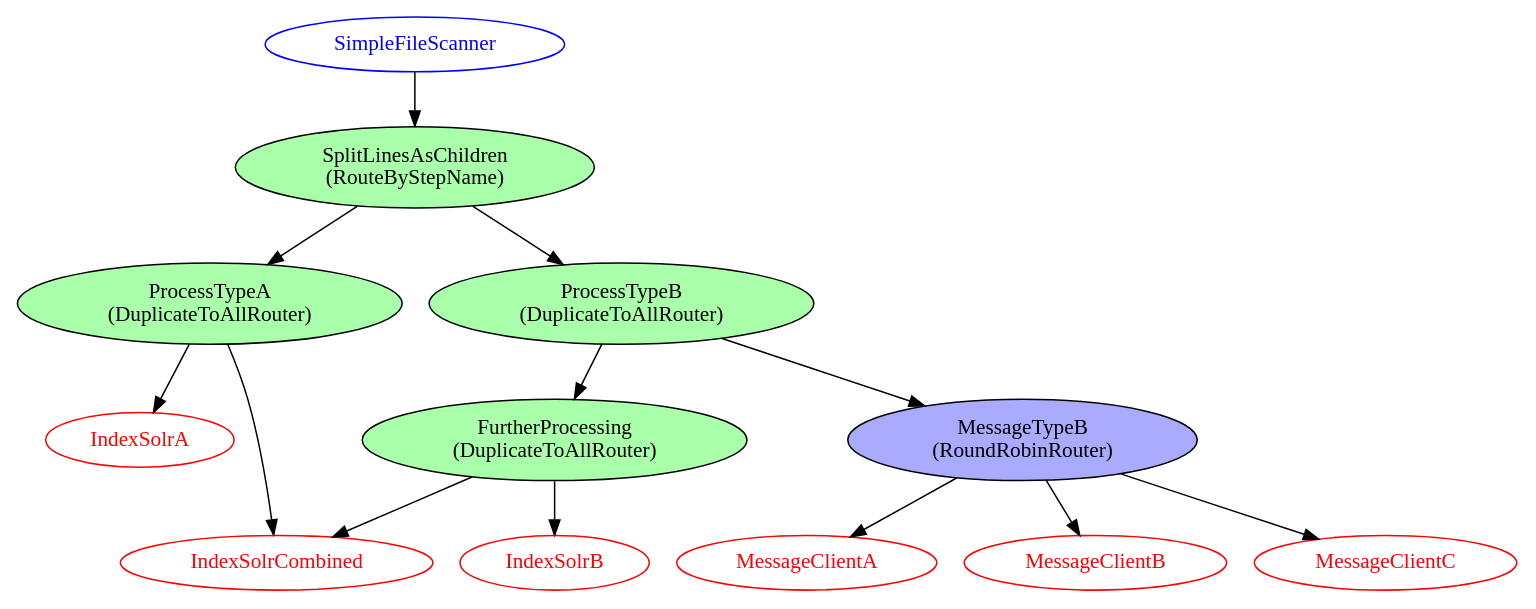
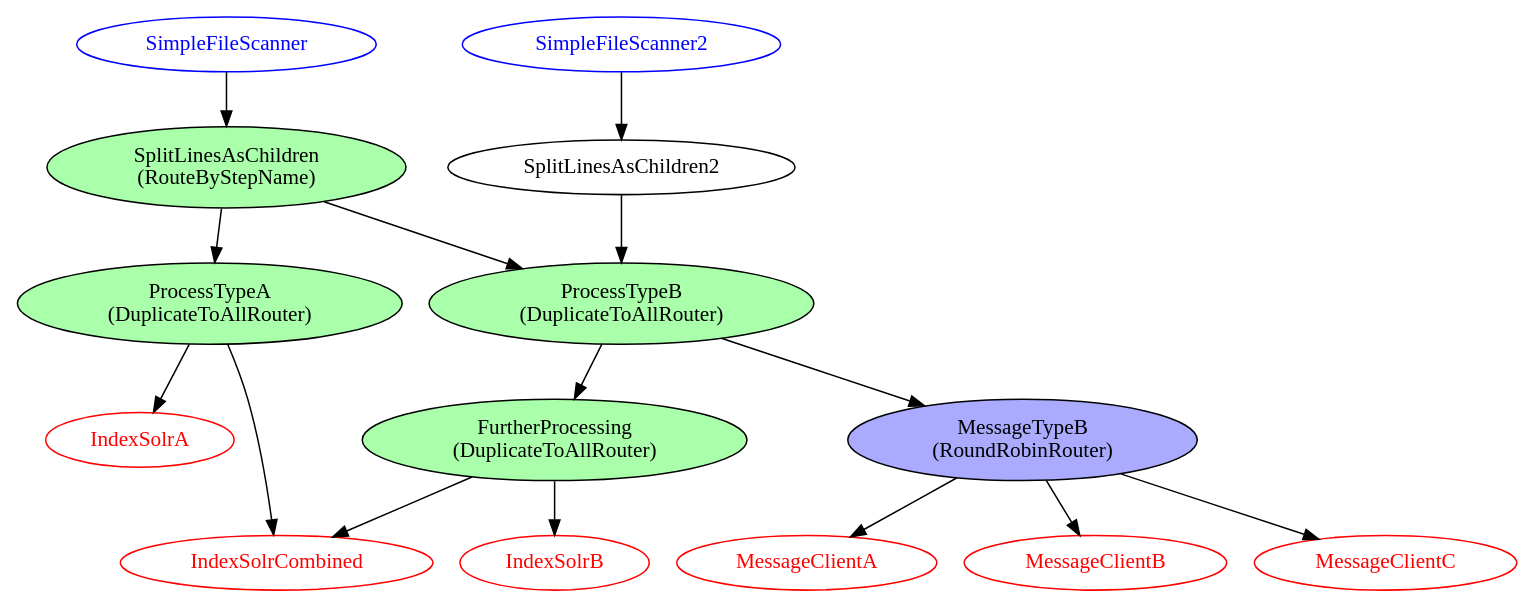
Before and after one commit to nsoft/jesterj: the diagram in code/examples/routing/src/main/graphviz/complex-routing.dot, drawn with Graphviz. The commit also changed 1 other file, not shown here.

```diff
--- a/code/examples/routing/src/main/graphviz/complex-routing.dot
+++ b/code/examples/routing/src/main/graphviz/complex-routing.dot
@@ -1,28 +1,33 @@
 digraph G {
-  SimpleFileScanner[color="blue" fontcolor=blue]
-  SplitLineAsChildren[label="SplitLinesAsChildren\n(RouteByStepName)" style="filled" fillcolor="#aaFFaa" ]
-  ProcessTypeA[label="ProcessTypeA\n(DuplicateToAllRouter)" style="filled" fillcolor="#aaFFaa"]
-  ProcessTypeB[label="ProcessTypeB\n(DuplicateToAllRouter)" style="filled" fillcolor="#aaFFaa"]
-  MoreTypeB[label="FurtherProcessing\n(DuplicateToAllRouter)" style="filled" fillcolor="#aaFFaa"]
-  MessageB[label="MessageTypeB\n(RoundRobinRouter)" style="filled" fillcolor="#aaaaff"]
-  MessageClientA[color=red fontcolor=red]
-  MessageClientB[color=red fontcolor=red]
-  MessageClientC[color=red fontcolor=red]
-  IndexSolrA[color=red fontcolor=red]
-  IndexSolrB[color=red fontcolor=red]
-  IndexSolrCombined[color=red fontcolor=red]
+    SimpleFileScanner [color = "blue" fontcolor = blue]
+    SimpleFileScanner2 [color = "blue" fontcolor = blue]
+    SplitLineAsChildren [label = "SplitLinesAsChildren\n(RouteByStepName)" style = "filled" fillcolor = "#aaFFaa"]
+    SplitLineAsChildren2 [label = "SplitLinesAsChildren2"]
+    ProcessTypeA [label = "ProcessTypeA\n(DuplicateToAllRouter)" style = "filled" fillcolor = "#aaFFaa"]
+    ProcessTypeB [label = "ProcessTypeB\n(DuplicateToAllRouter)" style = "filled" fillcolor = "#aaFFaa"]
+    MoreTypeB [label = "FurtherProcessing\n(DuplicateToAllRouter)" style = "filled" fillcolor = "#aaFFaa"]
+    MessageB [label = "MessageTypeB\n(RoundRobinRouter)" style = "filled" fillcolor = "#aaaaff"]
+    MessageClientA [color = red fontcolor = red]
+    MessageClientB [color = red fontcolor = red]
+    MessageClientC [color = red fontcolor = red]
+    IndexSolrA [color = red fontcolor = red]
+    IndexSolrB [color = red fontcolor = red]
+    IndexSolrCombined [color = red fontcolor = red]
 
 
-  SimpleFileScanner -> SplitLineAsChildren
-  SplitLineAsChildren -> ProcessTypeA
-  SplitLineAsChildren -> ProcessTypeB
-  ProcessTypeB -> MoreTypeB
-  MoreTypeB -> IndexSolrCombined
-  MoreTypeB -> IndexSolrB
-  ProcessTypeB -> MessageB
-  ProcessTypeA -> IndexSolrA
-  ProcessTypeA -> IndexSolrCombined
-  MessageB->MessageClientA
-  MessageB->MessageClientB
-  MessageB->MessageClientC
+    SimpleFileScanner -> SplitLineAsChildren
+    SimpleFileScanner2 -> SplitLineAsChildren2
+    SplitLineAsChildren -> ProcessTypeA
+    SplitLineAsChildren -> ProcessTypeB
+    SplitLineAsChildren2 -> ProcessTypeB
+
+    ProcessTypeB -> MoreTypeB
+    MoreTypeB -> IndexSolrCombined
+    MoreTypeB -> IndexSolrB
+    ProcessTypeB -> MessageB
+    ProcessTypeA -> IndexSolrA
+    ProcessTypeA -> IndexSolrCombined
+    MessageB -> MessageClientA
+    MessageB -> MessageClientB
+    MessageB -> MessageClientC
 }
```
